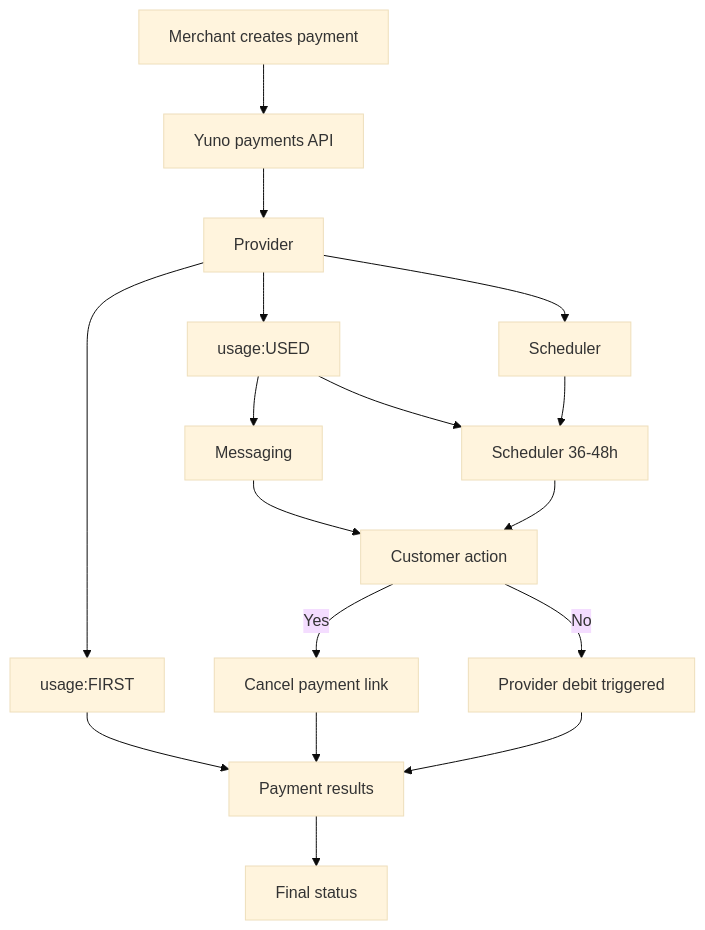
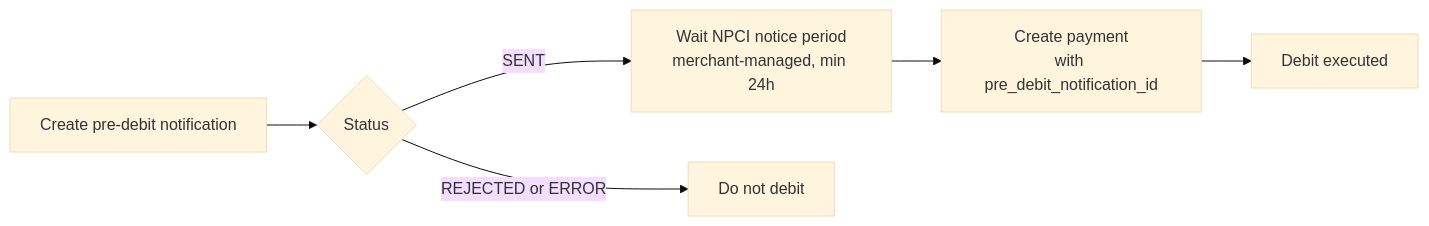
The diagram in docs/additional-services/upi-autopay.mdx (yuno-payments/yuno-docs), drawn with Mermaid (base theme) before and after one commit. The commit also changed other lines of this file and 5 other files, not shown here.

Commit message:
docs: update UPI Autopay documentation for pre-debit notifications and API requirements

````diff
--- a/docs/additional-services/upi-autopay.mdx
+++ b/docs/additional-services/upi-autopay.mdx
@@ -24,29 +22,8 @@
 ```mermaid
-flowchart TB
-  A[Merchant creates payment]
-  B[Yuno payments API]
-  C[Provider]
-
-  A --> B --> C
-
-  C --> D[usage:FIRST]
-  C --> E[usage:USED]
-  C --> F[Scheduler]
-
-  D --> R[Payment results]
-
-  E --> M[Messaging]
-  E --> S[Scheduler 36-48h]
-  F --> S
-
-  M --> CA[Customer action]
-  S --> CA
-
-  CA -->|Yes| CL[Cancel payment link]
-  CA -->|No| PD[Provider debit triggered]
-
-  CL --> R
-  PD --> R
-
-  R --> FS[Final status]
+flowchart LR
+  A[Create pre-debit notification] --> B{Status}
+  B -->|SENT| C[Wait NPCI notice period<br/>merchant-managed, min 24h]
+  C --> D[Create payment<br/>with pre_debit_notification_id]
+  D --> E[Debit executed]
+  B -->|REJECTED or ERROR| F[Do not debit]
 ```
````
